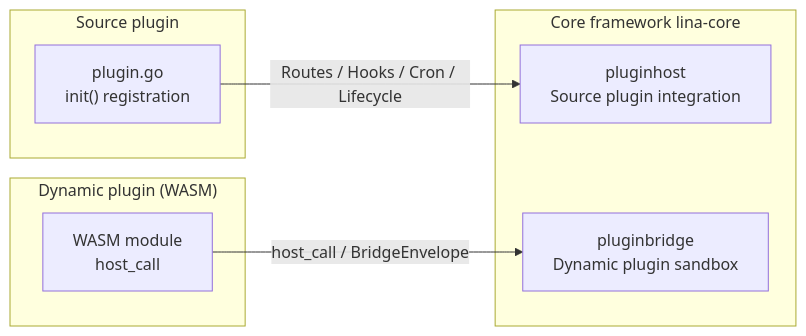
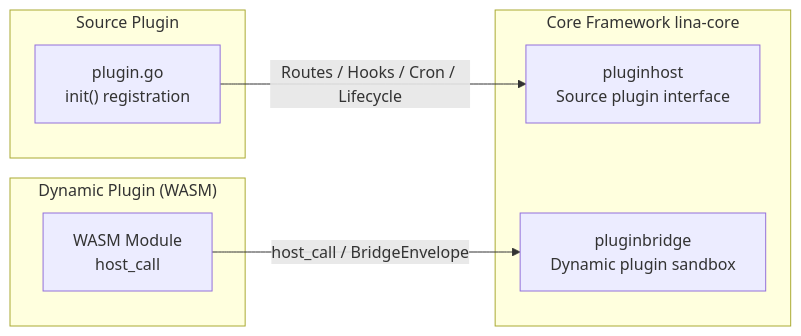
Before and after one commit to linaproai/linapro-site: the first of 2 diagrams in apps/lina-site/i18n/en/docusaurus-plugin-content-docs/current/docs/1000-concepts/6000-capability-boundary.md, drawn with Mermaid. The commit also changed other lines of this file and 138 other files, not shown here.

````diff
--- a/apps/lina-site/i18n/en/docusaurus-plugin-content-docs/current/docs/1000-concepts/6000-capability-boundary.md
+++ b/apps/lina-site/i18n/en/docusaurus-plugin-content-docs/current/docs/1000-concepts/6000-capability-boundary.md
@@ -86,18 +86,18 @@
 ```mermaid
 flowchart LR
-    subgraph Host["Core framework lina-core"]
-        PH["pluginhost<br/>Source plugin integration"]
+    subgraph Host["Core Framework lina-core"]
+        PH["pluginhost<br/>Source plugin interface"]
         PB["pluginbridge<br/>Dynamic plugin sandbox"]
     end
 
-    subgraph Source["Source plugin"]
+    subgraph Source["Source Plugin"]
         SP["plugin.go<br/>init() registration"]
     end
 
-    subgraph Dynamic["Dynamic plugin (WASM)"]
-        DP["WASM module<br/>host_call"]
+    subgraph Dynamic["Dynamic Plugin (WASM)"]
+        DP["WASM Module<br/>host_call"]
     end
 
     SP -- "Routes / Hooks / Cron / Lifecycle" --> PH
     DP -- "host_call / BridgeEnvelope" --> PB
 ```
````
